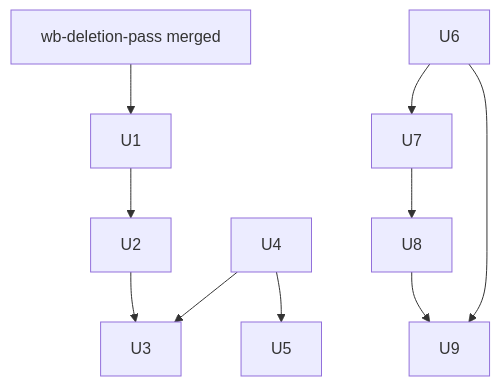
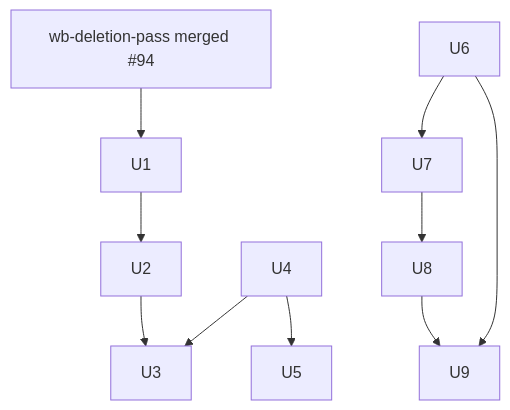
The fourth of 4 diagrams in docs/plans/2026-10-17-2223-feat-wb-go-store-and-task-page-plan.md (jetnoli-sportable/dotfiles), drawn with Mermaid before and after one commit. The commit also changed other lines of this file, not shown here.

Commit message:
docs(plan): fold in merged deletion pass (#94) and quick wins (#93); picker inbox as phase-3 consideration

````diff
--- a/docs/plans/2026-10-17-2223-feat-wb-go-store-and-task-page-plan.md
+++ b/docs/plans/2026-10-17-2223-feat-wb-go-store-and-task-page-plan.md
@@ -351,10 +355,10 @@
 ```mermaid
 flowchart TB
-  DP[wb-deletion-pass merged] --> U1
+  DP[wb-deletion-pass merged #94] --> U1
   U4 --> U3
   U4 --> U5
   U1 --> U2 --> U3
   U6 --> U7 --> U8
   U6 --> U9
   U8 --> U9
 ```
````
